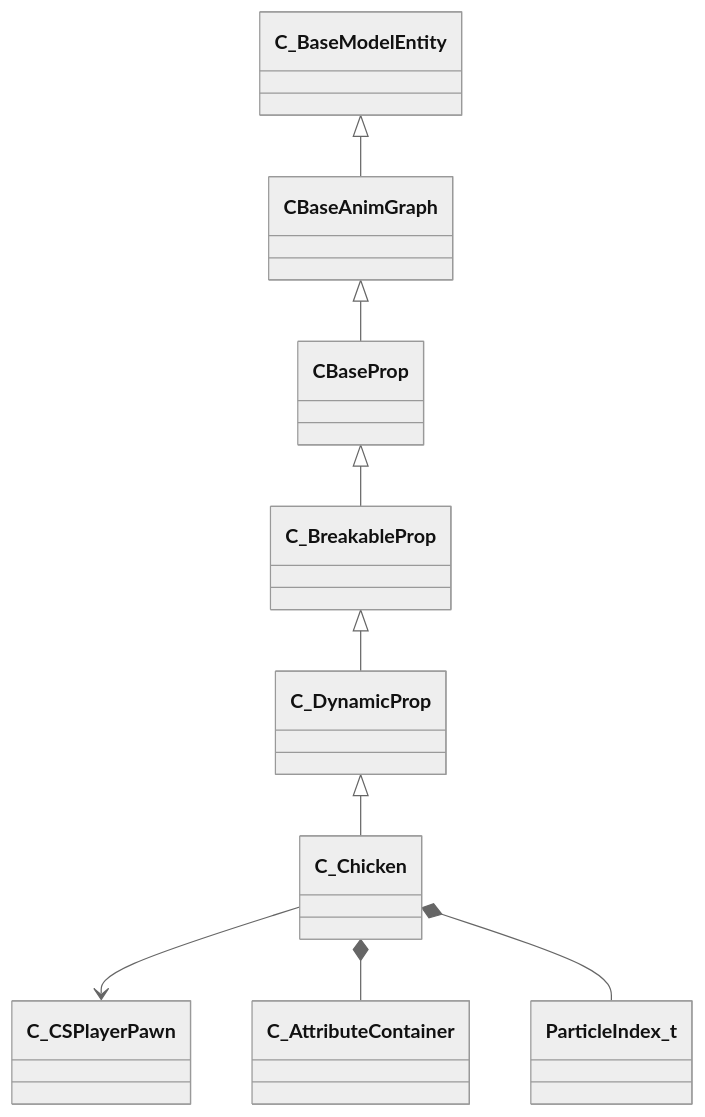
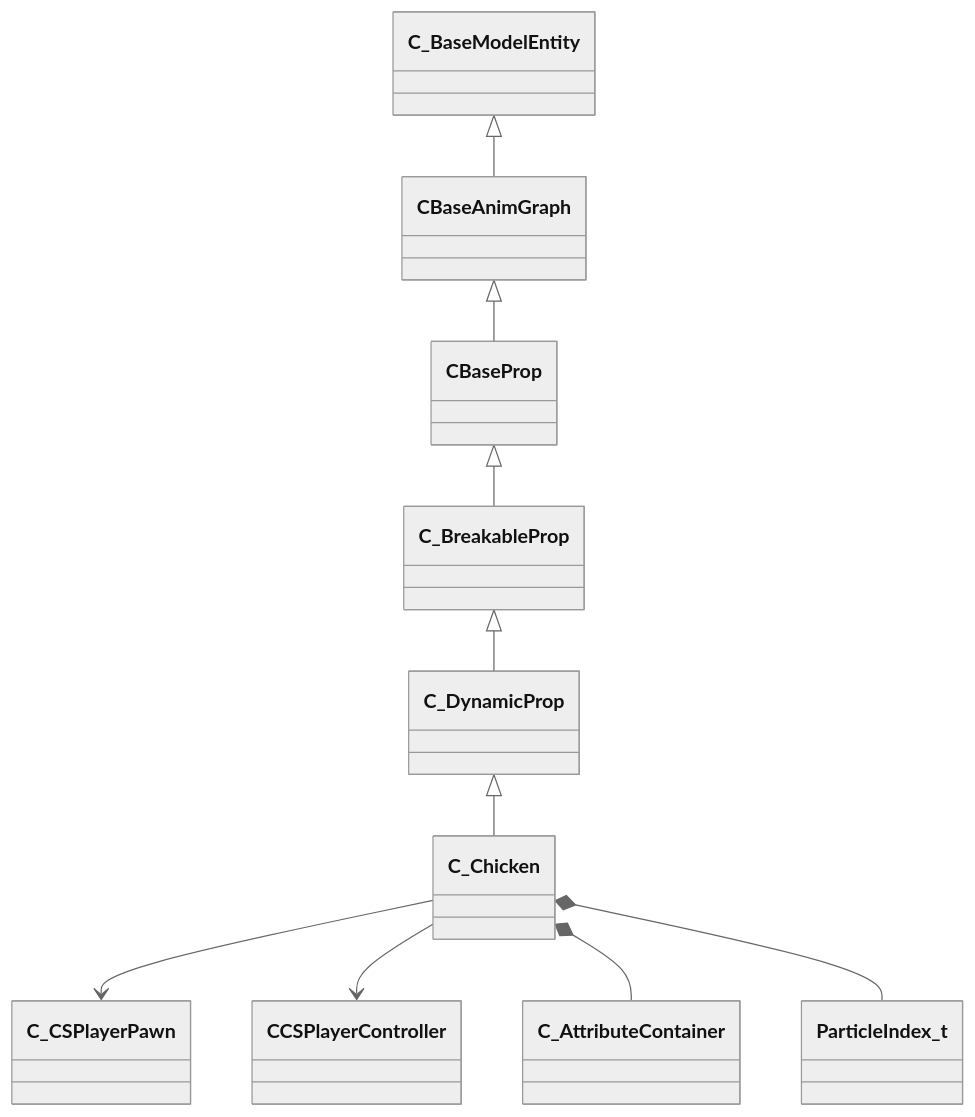
Before and after one commit to CS2OpenDev/CS2OpenDev-Docs: the diagram in docs/generated/schemas/client/C_Chicken.md, drawn with Mermaid (neutral theme). The commit also changed other lines of this file and 4654 other files, not shown here.

Commit message:
docs: regenerate for SchemaTracker build 25947352 [skip ci]

````diff
--- a/docs/generated/schemas/client/C_Chicken.md
+++ b/docs/generated/schemas/client/C_Chicken.md
@@ -19,11 +19,12 @@
 ```mermaid
 classDiagram
     C_DynamicProp <|-- C_Chicken
     C_BreakableProp <|-- C_DynamicProp
     CBaseProp <|-- C_BreakableProp
     CBaseAnimGraph <|-- CBaseProp
     C_BaseModelEntity <|-- CBaseAnimGraph
     C_Chicken --> C_CSPlayerPawn
+    C_Chicken --> CCSPlayerController
     C_Chicken *-- C_AttributeContainer
     C_Chicken *-- ParticleIndex_t
 ```
````
